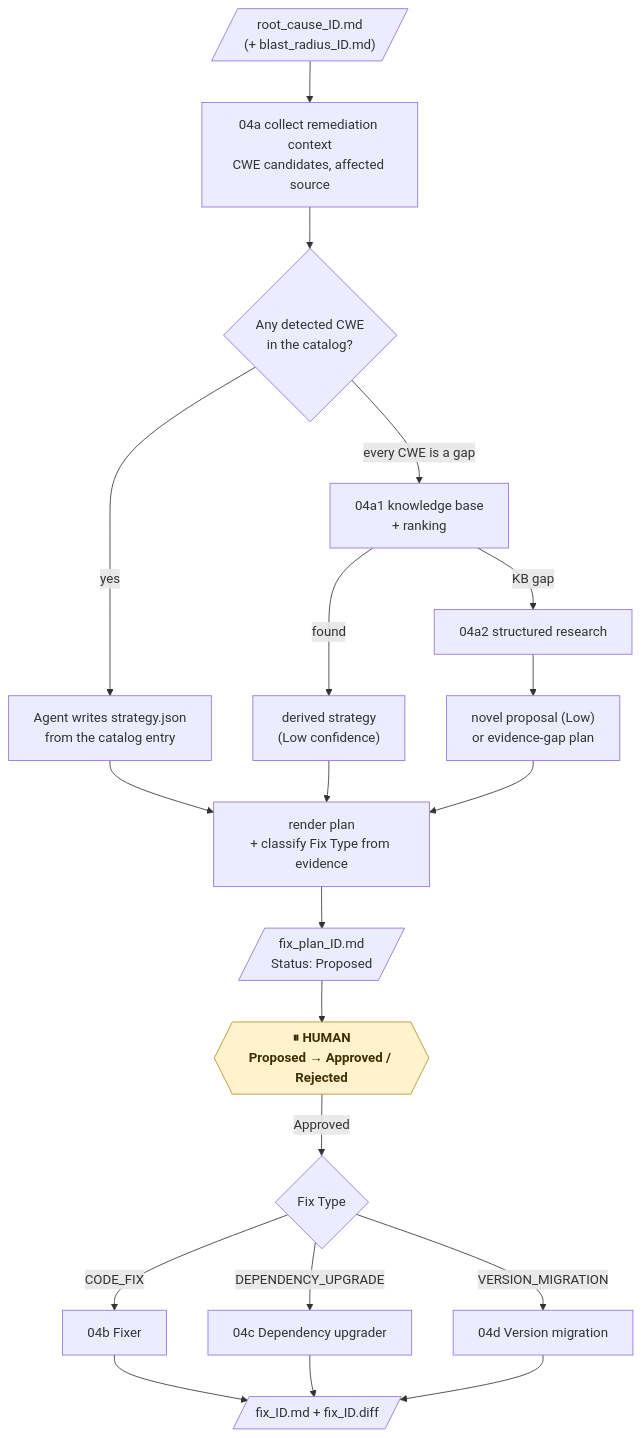
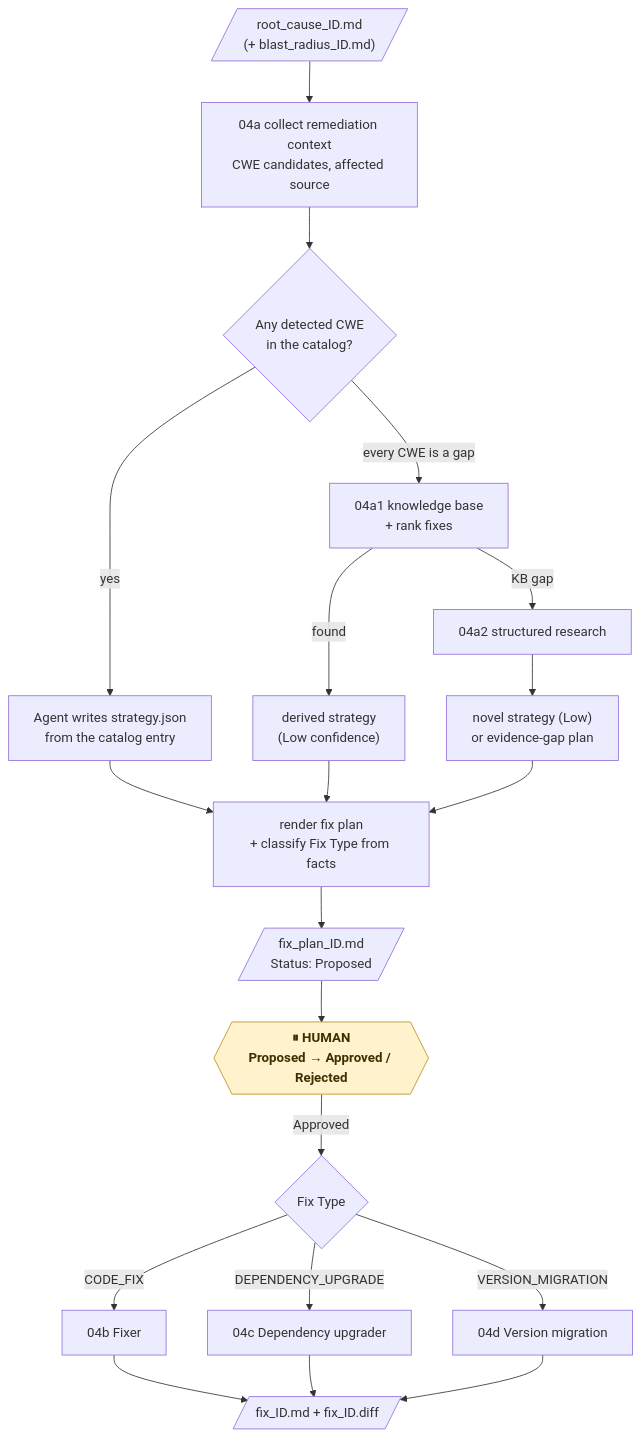
Diagram 17 of 31 in README.md (KrishnaAnnavaram/MARS), drawn with Mermaid before and after one commit. The commit also changed other lines of this file and 1 other file, not shown here.

````diff
--- a/README.md
+++ b/README.md
@@ -998,25 +1047,25 @@
 ```mermaid
 flowchart TD
     RC[/"root_cause_ID.md<br/>(+ blast_radius_ID.md)"/] --> CC["04a collect remediation context<br/>CWE candidates, affected source"]
     CC --> Q{"Any detected CWE<br/>in the catalog?"}
     Q -->|yes| ST["Agent writes strategy.json<br/>from the catalog entry"]
-    Q -->|"every CWE is a gap"| KB["04a1 knowledge base<br/>+ ranking"]
+    Q -->|"every CWE is a gap"| KB["04a1 knowledge base<br/>+ rank fixes"]
     KB -->|found| ST2["derived strategy<br/>(Low confidence)"]
     KB -->|"KB gap"| RS["04a2 structured research"]
-    RS --> ST3["novel proposal (Low)<br/>or evidence-gap plan"]
-    ST --> REN["render plan<br/>+ classify Fix Type from evidence"]
+    RS --> ST3["novel strategy (Low)<br/>or evidence-gap plan"]
+    ST --> REN["render fix plan<br/>+ classify Fix Type from facts"]
     ST2 --> REN
     ST3 --> REN
     REN --> PLAN[/"fix_plan_ID.md<br/>Status: Proposed"/]
     PLAN --> H{{"⏸ HUMAN<br/>Proposed → Approved / Rejected"}}
     H -->|Approved| RT{"Fix Type"}
     RT -->|CODE_FIX| B["04b Fixer"]
     RT -->|DEPENDENCY_UPGRADE| C["04c Dependency upgrader"]
     RT -->|VERSION_MIGRATION| D["04d Version migration"]
     B --> FX[/"fix_ID.md + fix_ID.diff"/]
     C --> FX
     D --> FX
 
     classDef human fill:#fff3cd,stroke:#b8901f,color:#3d2f00,font-weight:bold
     class H human
 ```
````
